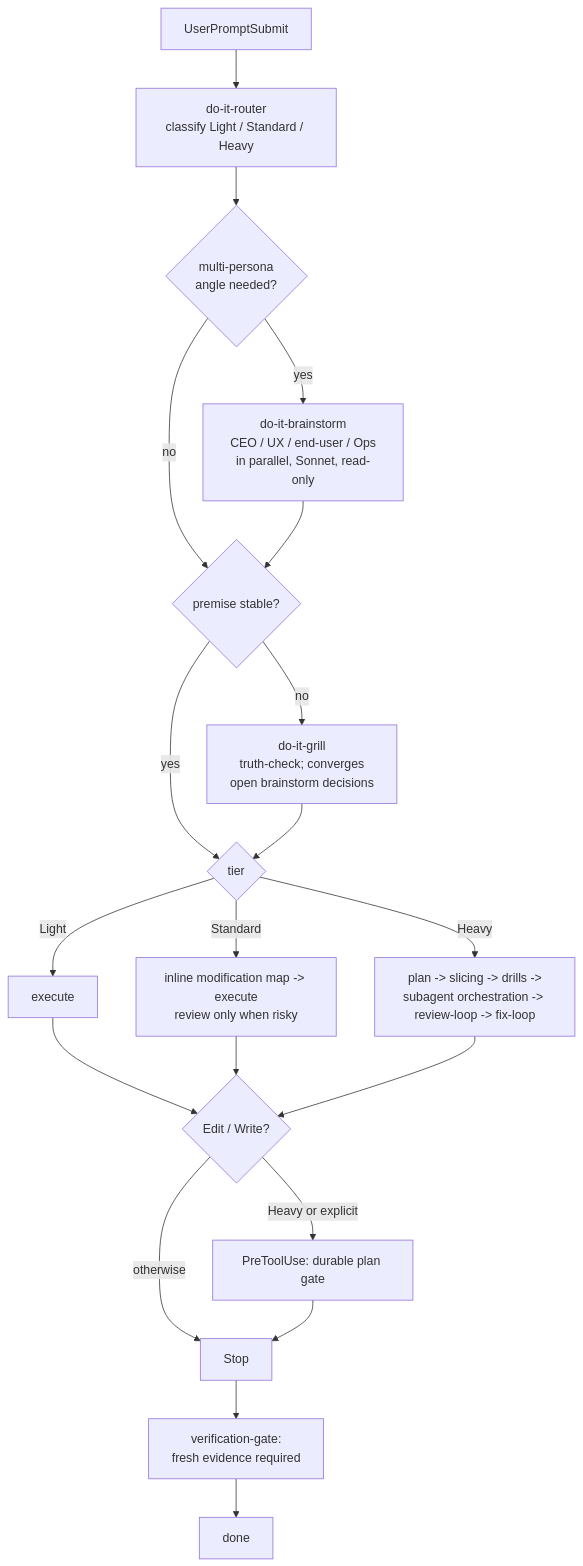
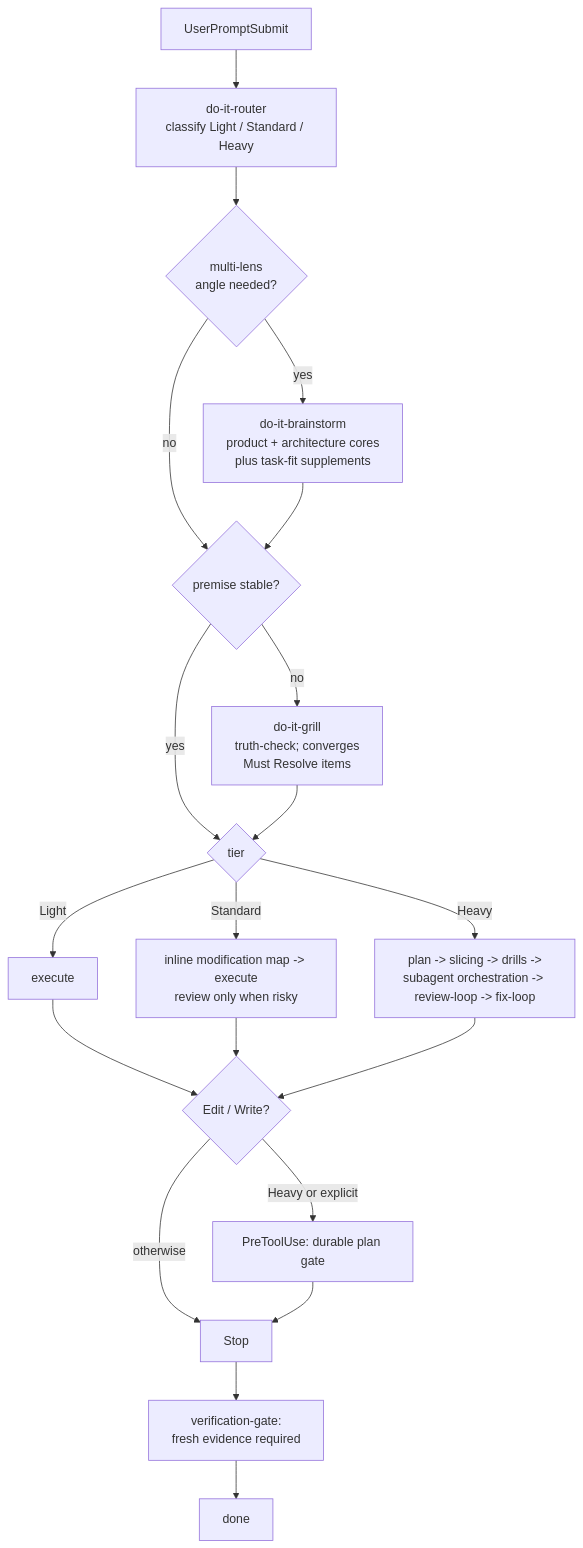
One commit to tdwhere123/do-it changed the diagram in README.md. Above: the diagram before and after it, drawn with Mermaid. The commit also changed other lines of this file and 21 other files, not shown here.

````diff
--- a/README.md
+++ b/README.md
@@ -137,22 +138,22 @@
 ```mermaid
 flowchart TD
     P[UserPromptSubmit] --> R[do-it-router<br/>classify Light / Standard / Heavy]
-    R --> M{multi-persona<br/>angle needed?}
-    M -- yes --> BR[do-it-brainstorm<br/>CEO / UX / end-user / Ops<br/>in parallel, Sonnet, read-only]
+    R --> M{multi-lens<br/>angle needed?}
+    M -- yes --> BR[do-it-brainstorm<br/>product + architecture cores<br/>plus task-fit supplements]
     M -- no --> G
     BR --> G{premise stable?}
-    G -- no --> GR[do-it-grill<br/>truth-check; converges<br/>open brainstorm decisions]
+    G -- no --> GR[do-it-grill<br/>truth-check; converges<br/>Must Resolve items]
     G -- yes --> T{tier}
     GR --> T
     T -- Light --> L[execute]
     T -- Standard --> S[inline modification map -> execute<br/>review only when risky]
     T -- Heavy --> H[plan -> slicing -> drills -><br/>subagent orchestration -> review-loop -> fix-loop]
     L --> PG{Edit / Write?}
     S --> PG
     H --> PG
     PG -- Heavy or explicit --> PGY[PreToolUse: durable plan gate]
     PG -- otherwise --> V[Stop]
     PGY --> V
     V --> VG[verification-gate:<br/>fresh evidence required]
     VG --> D[done]
 ```
````
